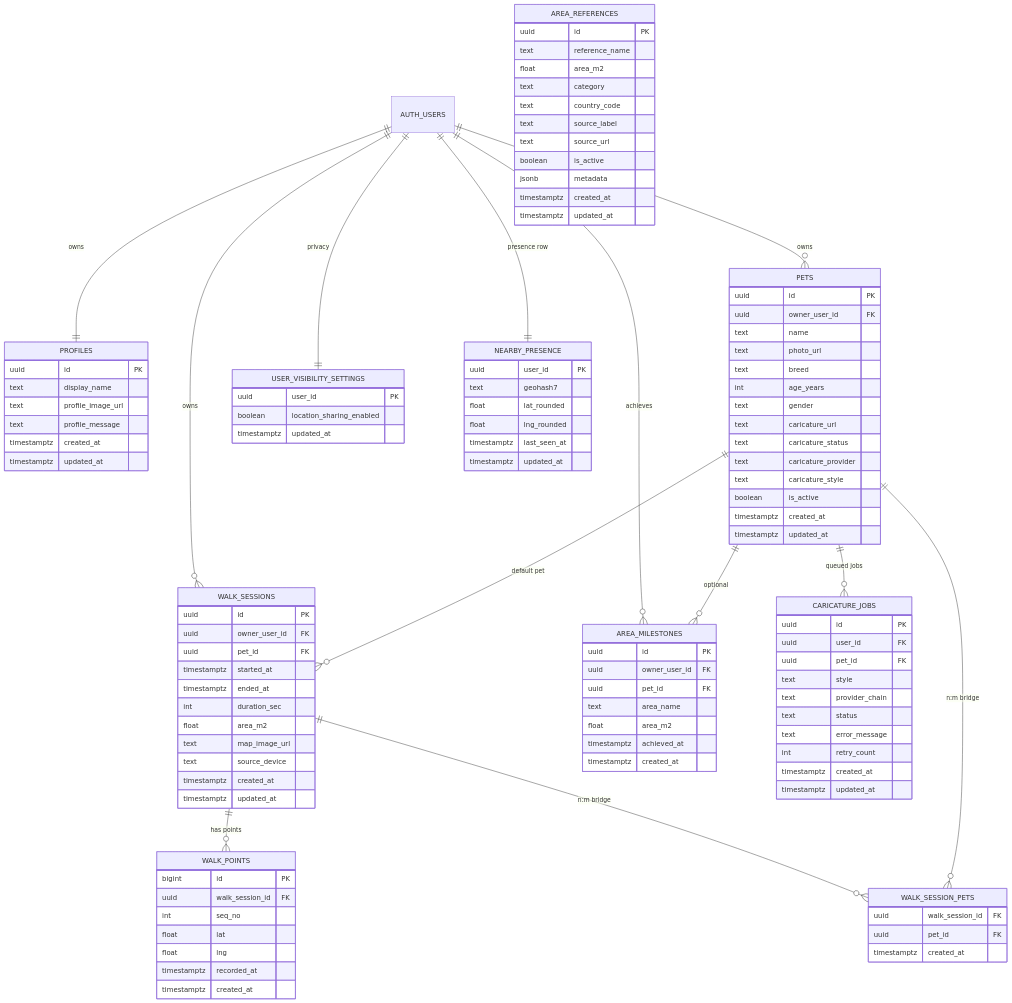
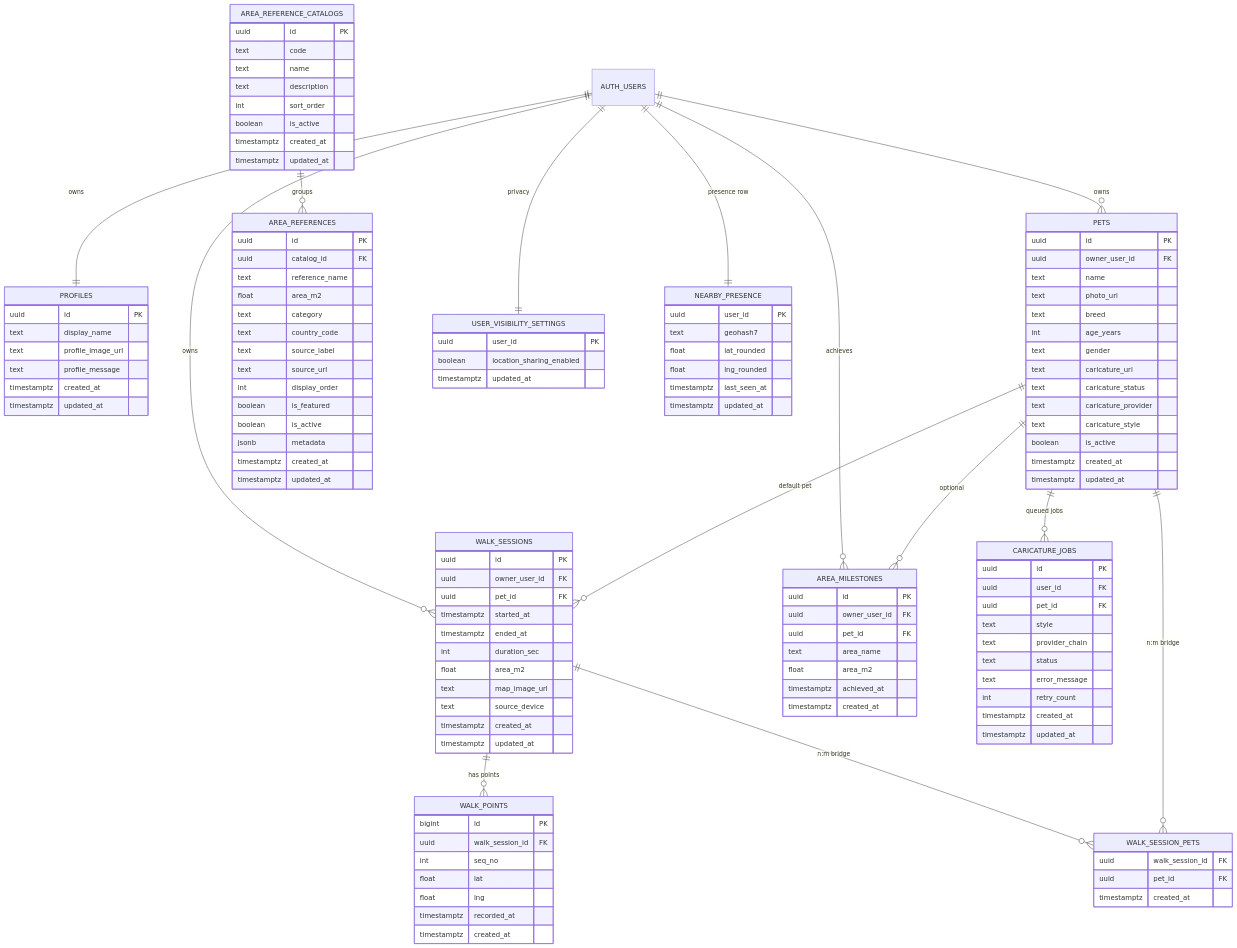
Before and after one commit to iAmSomething/dogArea: the diagram in docs/supabase-schema-v1.md, drawn with Mermaid. The commit also changed other lines of this file and 5 other files, not shown here.

Commit message:
feat: expand area reference catalog schema and seed set

```diff
--- a/docs/supabase-schema-v1.md
+++ b/docs/supabase-schema-v1.md
@@ -30,6 +30,7 @@
   WALK_SESSIONS ||--o{ WALK_SESSION_PETS : "n:m bridge"
   PETS ||--o{ WALK_SESSION_PETS : "n:m bridge"
   AUTH_USERS ||--o{ AREA_MILESTONES : "achieves"
+  AREA_REFERENCE_CATALOGS ||--o{ AREA_REFERENCES : "groups"
   PETS ||--o{ AREA_MILESTONES : "optional"
   PETS ||--o{ CARICATURE_JOBS : "queued jobs"
   AUTH_USERS ||--|| USER_VISIBILITY_SETTINGS : "privacy"
@@ -101,14 +102,28 @@
     timestamptz created_at
   }
 
+  AREA_REFERENCE_CATALOGS {
+    uuid id PK
+    text code
+    text name
+    text description
+    int sort_order
+    boolean is_active
+    timestamptz created_at
+    timestamptz updated_at
+  }
+
   AREA_REFERENCES {
     uuid id PK
+    uuid catalog_id FK
     text reference_name
     float area_m2
     text category
     text country_code
     text source_label
     text source_url
+    int display_order
+    boolean is_featured
     boolean is_active
     jsonb metadata
     timestamptz created_at
```
